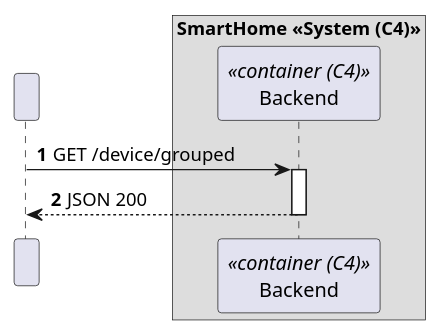
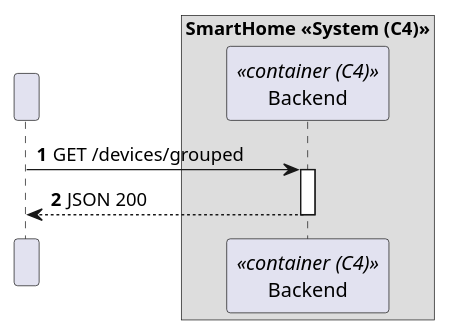
One commit to moutajDev/smarthome changed the diagram in docs/C4_4plus1_models/Level2/ProcessView/ProcessViewLevel2_UC09.puml. Above: the diagram before and after it, drawn with PlantUML. The commit also changed 17 other files, not shown here.

```diff
--- a/docs/C4_4plus1_models/Level2/ProcessView/ProcessViewLevel2_UC09.puml
+++ b/docs/C4_4plus1_models/Level2/ProcessView/ProcessViewLevel2_UC09.puml
@@ -1,21 +1,21 @@
 @startuml
 'https://plantuml.com/sequence-diagram
 !pragma layout smetana
 
 autonumber
 
 participant " " as HTTP
 
 box "SmartHome <<System (C4)>>"
     participant "Backend" as BE<<container (C4)>>
 end box
 
 
-HTTP -> BE : GET /device/grouped
+HTTP -> BE : GET /devices/grouped
 activate BE
 
 BE --> HTTP : JSON 200
 deactivate BE
 
 
 @enduml
```
